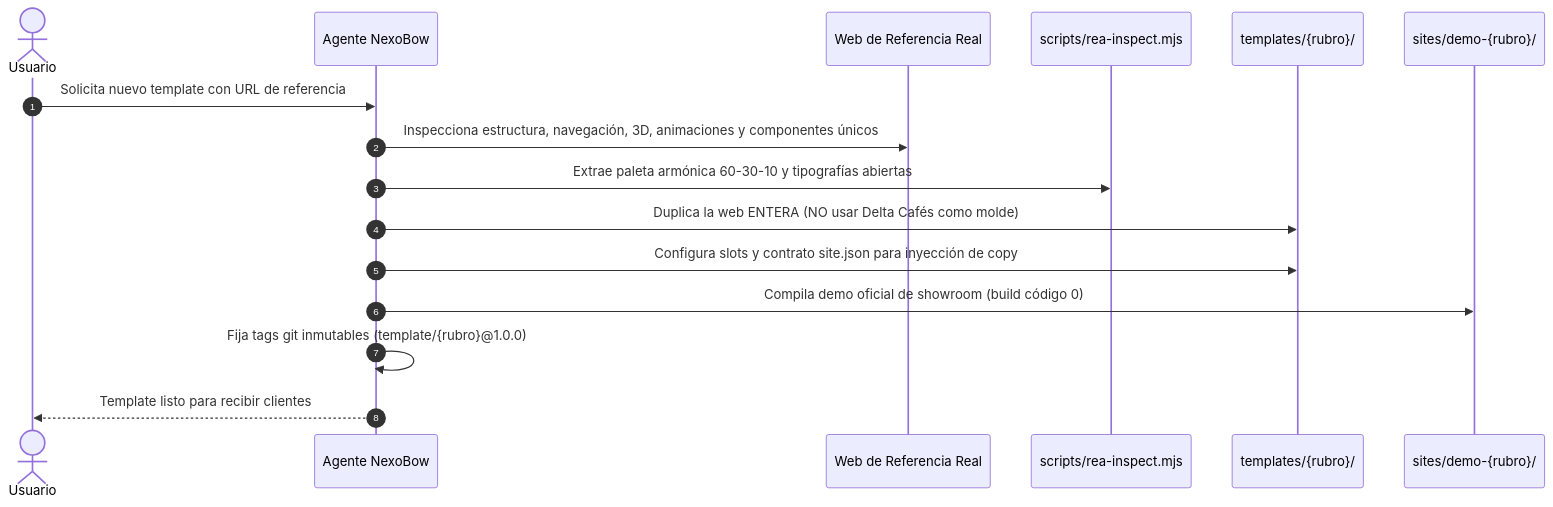
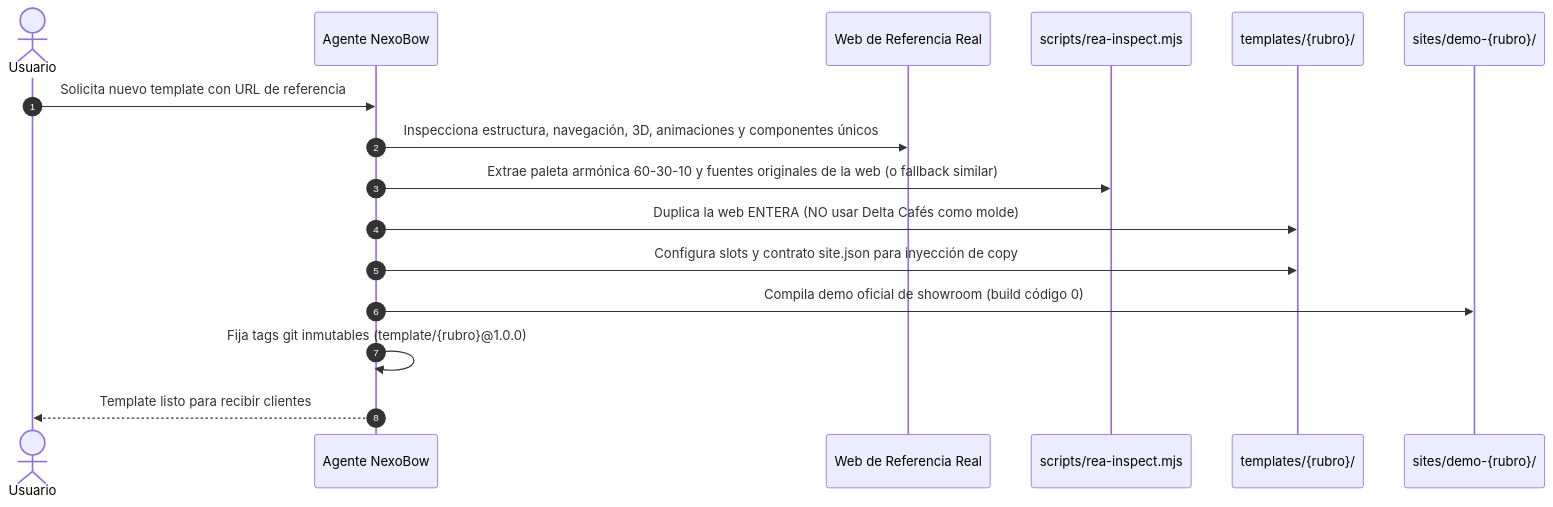
The second of 3 diagrams in AGENTS.md (juanmamerodio/NexoBow), drawn with Mermaid before and after one commit. The commit also changed 16 other files, not shown here.

````diff
--- a/AGENTS.md
+++ b/AGENTS.md
@@ -93,19 +93,19 @@
 ```mermaid
 sequenceDiagram
     autonumber
     actor Usuario
     participant Agente as Agente NexoBow
     participant WebRef as Web de Referencia Real
     participant REA as scripts/rea-inspect.mjs
     participant Template as templates/{rubro}/
     participant Demo as sites/demo-{rubro}/
 
     Usuario->>Agente: Solicita nuevo template con URL de referencia
     Agente->>WebRef: Inspecciona estructura, navegación, 3D, animaciones y componentes únicos
-    Agente->>REA: Extrae paleta armónica 60-30-10 y tipografías abiertas
+    Agente->>REA: Extrae paleta armónica 60-30-10 y fuentes originales de la web (o fallback similar)
     Agente->>Template: Duplica la web ENTERA (NO usar Delta Cafés como molde)
     Agente->>Template: Configura slots y contrato site.json para inyección de copy
     Agente->>Demo: Compila demo oficial de showroom (build código 0)
     Agente->>Agente: Fija tags git inmutables (template/{rubro}@1.0.0)
     Agente-->>Usuario: Template listo para recibir clientes
 ```
````
